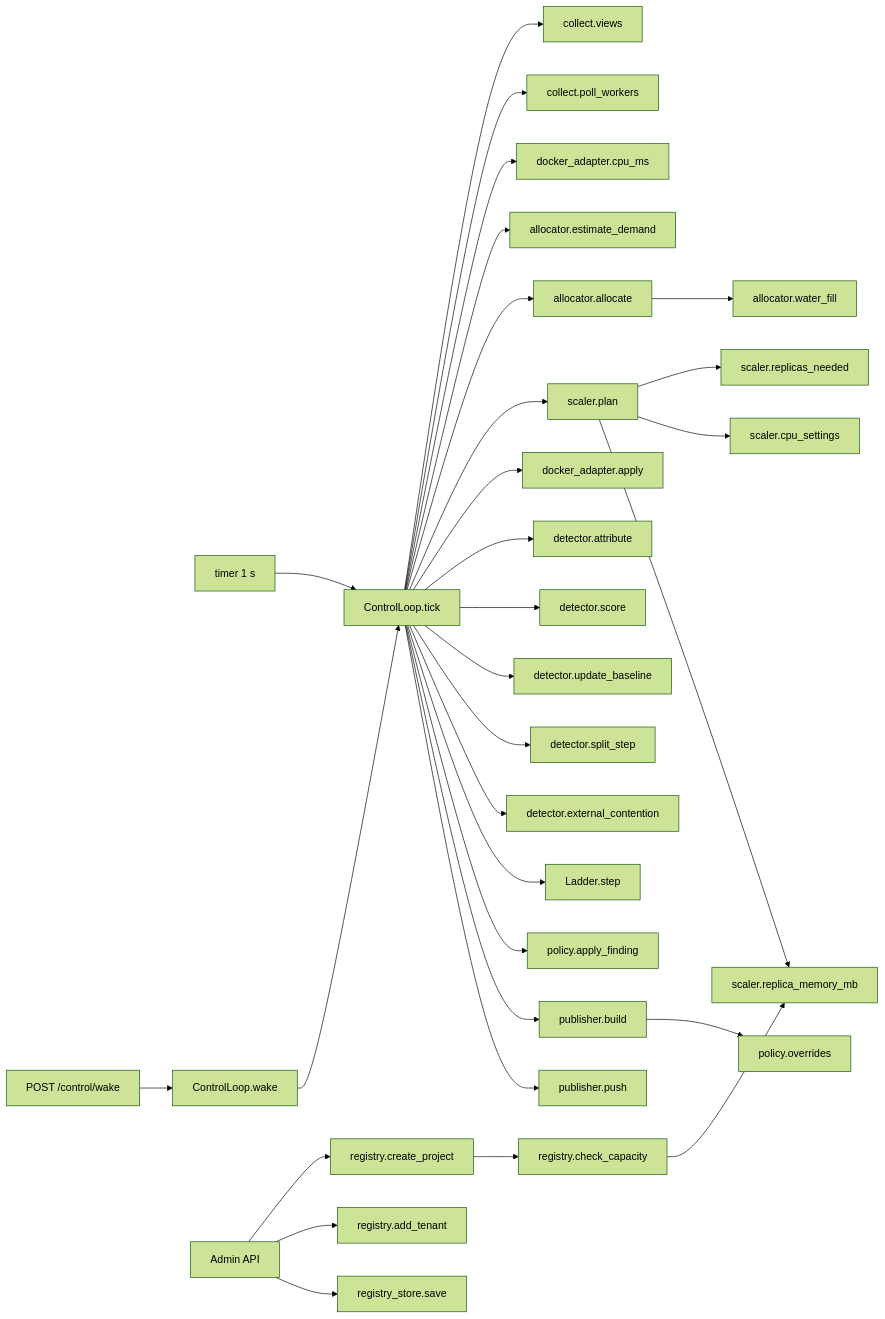
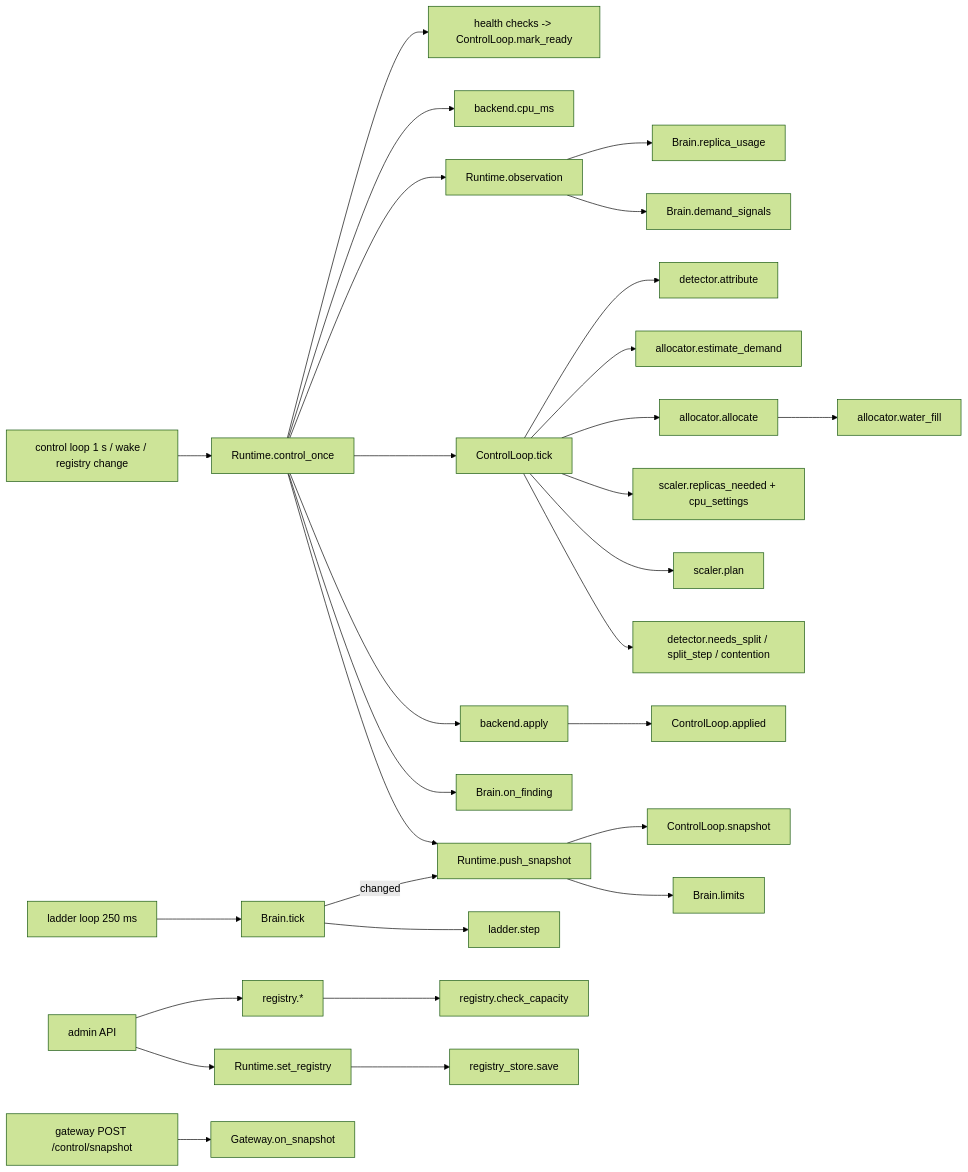
Before and after one commit to yashodeepchaudhari/tenantguard: the diagram in docs/v2/04_FUNCTIONS.md, drawn with Mermaid (forest theme). The commit also changed other lines of this file and 4 other files, not shown here.

````diff
--- a/docs/v2/04_FUNCTIONS.md
+++ b/docs/v2/04_FUNCTIONS.md
@@ -142,28 +146,22 @@
 ```mermaid
 flowchart LR
-  T["timer 1 s"] --> TICK["ControlLoop.tick"]
-  WK["POST /control/wake"] --> WAKE["ControlLoop.wake"] --> TICK
-  TICK --> V["collect.views"]
-  TICK --> PW["collect.poll_workers"]
-  TICK --> CPU["docker_adapter.cpu_ms"]
-  TICK --> ED["allocator.estimate_demand"]
-  TICK --> AL["allocator.allocate"] --> WF["allocator.water_fill"]
-  TICK --> PL["scaler.plan"]
-  PL --> RN["scaler.replicas_needed"]
-  PL --> CS["scaler.cpu_settings"]
-  PL --> RM["scaler.replica_memory_mb"]
-  TICK --> AP["docker_adapter.apply"]
-  TICK --> AT["detector.attribute"]
-  TICK --> SC["detector.score"]
-  TICK --> UB["detector.update_baseline"]
-  TICK --> SS["detector.split_step"]
-  TICK --> EC["detector.external_contention"]
-  TICK --> LS["Ladder.step"]
-  TICK --> AF["policy.apply_finding"]
-  TICK --> BU["publisher.build"] --> OV["policy.overrides"]
-  TICK --> PU["publisher.push"]
-  ADM["Admin API"] --> CP["registry.create_project"] --> CC["registry.check_capacity"]
-  ADM --> AT2["registry.add_tenant"]
-  ADM --> SV["registry_store.save"]
-  CC --> RM
+  T["control loop 1 s / wake / registry change"] --> CO["Runtime.control_once"]
+  CO --> HC["health checks -> ControlLoop.mark_ready"]
+  CO --> CPU["backend.cpu_ms"]
+  CO --> OB["Runtime.observation"] --> RU["Brain.replica_usage"] & DS["Brain.demand_signals"]
+  CO --> TK["ControlLoop.tick"]
+  TK --> AT["detector.attribute"]
+  TK --> ED["allocator.estimate_demand"]
+  TK --> AL["allocator.allocate"] --> WF["allocator.water_fill"]
+  TK --> TG["scaler.replicas_needed + cpu_settings"]
+  TK --> PL["scaler.plan"]
+  TK --> DT["detector.needs_split / split_step / contention"]
+  CO --> AP["backend.apply"] --> APD["ControlLoop.applied"]
+  CO --> OF["Brain.on_finding"]
+  CO --> PS["Runtime.push_snapshot"] --> SN["ControlLoop.snapshot"] & LM["Brain.limits"]
+  L["ladder loop 250 ms"] --> BT["Brain.tick"] --> LS["ladder.step"]
+  BT -->|changed| PS
+  ADM["admin API"] --> REG["registry.*"] --> CC["registry.check_capacity"]
+  ADM --> SR["Runtime.set_registry"] --> SV["registry_store.save"]
+  GW["gateway POST /control/snapshot"] --> ONS["Gateway.on_snapshot"]
 ```
````
